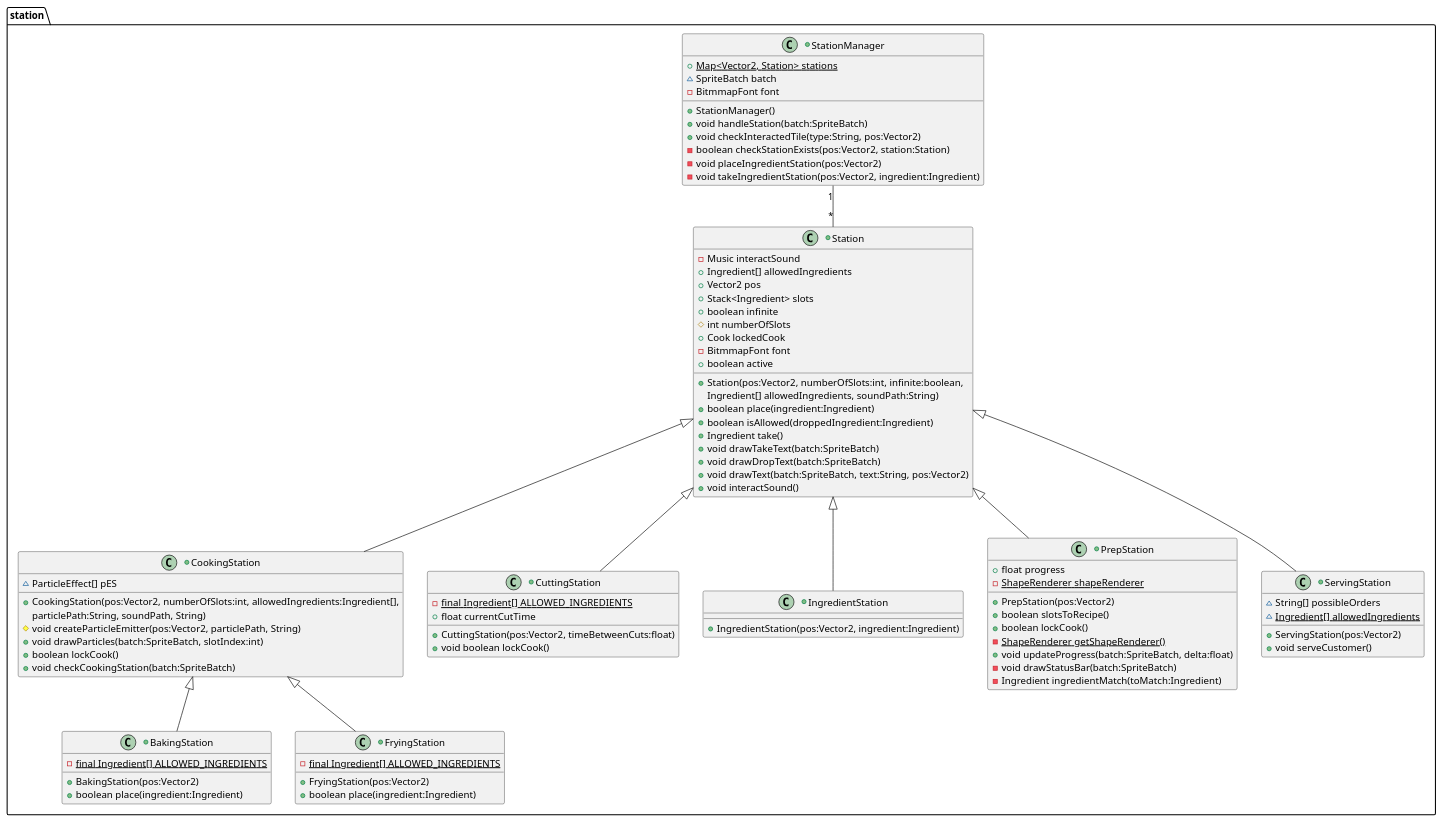
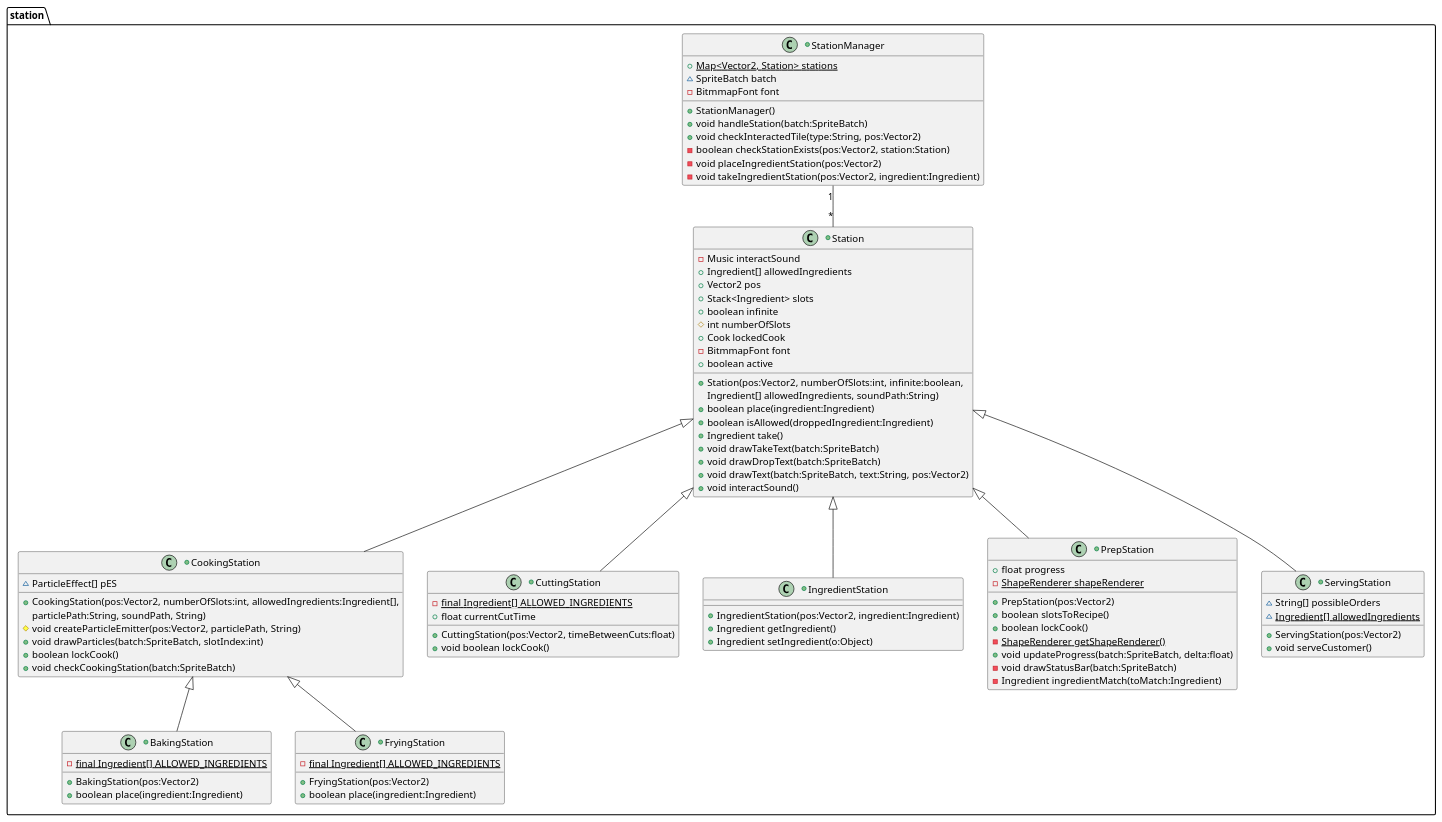
The diagram in UMLDiagrams/station_package.puml (decassociation/project_eng1_team3), drawn with PlantUML before and after one commit. The commit also changed 2 other files, not shown here.

Commit message:
Updated some class diagrams

```diff
--- a/UMLDiagrams/station_package.puml
+++ b/UMLDiagrams/station_package.puml
@@ -1,95 +1,97 @@
 @startuml
 'https://plantuml.com/class-diagram
 
 package "station"{
 
 StationManager "1" -- "*" Station
 
 +class BakingStation extends CookingStation{
 -{static} final Ingredient[] ALLOWED_INGREDIENTS
 +BakingStation(pos:Vector2)
 +boolean place(ingredient:Ingredient)
 }
 
 +class CookingStation extends Station{
 ~ParticleEffect[] pES
 +CookingStation(pos:Vector2, numberOfSlots:int, allowedIngredients:Ingredient[],
  particlePath:String, soundPath, String)
 #void createParticleEmitter(pos:Vector2, particlePath, String)
 +void drawParticles(batch:SpriteBatch, slotIndex:int)
 +boolean lockCook()
 +void checkCookingStation(batch:SpriteBatch)
 }
 
 +class CuttingStation extends Station{
 -{static} final Ingredient[] ALLOWED_INGREDIENTS
 +float currentCutTime
 +CuttingStation(pos:Vector2, timeBetweenCuts:float)
 +void boolean lockCook()
 }
 
 +class FryingStation extends CookingStation{
 -{static} final Ingredient[] ALLOWED_INGREDIENTS
 +FryingStation(pos:Vector2)
 +boolean place(ingredient:Ingredient)
 }
 
 +class IngredientStation extends Station{
 +IngredientStation(pos:Vector2, ingredient:Ingredient)
++Ingredient getIngredient()
++Ingredient setIngredient(o:Object)
 }
 
 +class PrepStation extends Station{
 +float progress
 -{static} ShapeRenderer shapeRenderer
 +PrepStation(pos:Vector2)
 +boolean slotsToRecipe()
 +boolean lockCook()
 -{static} ShapeRenderer getShapeRenderer()
 +void updateProgress(batch:SpriteBatch, delta:float)
 -void drawStatusBar(batch:SpriteBatch)
 -Ingredient ingredientMatch(toMatch:Ingredient)
 }
 
 +class ServingStation extends Station{
 ~String[] possibleOrders
 ~{static} Ingredient[] allowedIngredients
 +ServingStation(pos:Vector2)
 +void serveCustomer()
 }
 
 +class Station{
 -Music interactSound
 +Ingredient[] allowedIngredients
 +Vector2 pos
 +Stack<Ingredient> slots
 +boolean infinite
 #int numberOfSlots
 +Cook lockedCook
 -BitmmapFont font
 +boolean active
 +Station(pos:Vector2, numberOfSlots:int, infinite:boolean,
  Ingredient[] allowedIngredients, soundPath:String)
 +boolean place(ingredient:Ingredient)
 +boolean isAllowed(droppedIngredient:Ingredient)
 +Ingredient take()
 +void drawTakeText(batch:SpriteBatch)
 +void drawDropText(batch:SpriteBatch)
 +void drawText(batch:SpriteBatch, text:String, pos:Vector2)
 +void interactSound()
 }
 
 +class StationManager{
 +{static} Map<Vector2, Station> stations
 ~SpriteBatch batch
 -BitmmapFont font
 +StationManager()
 +void handleStation(batch:SpriteBatch)
 +void checkInteractedTile(type:String, pos:Vector2)
 -boolean checkStationExists(pos:Vector2, station:Station)
 -void placeIngredientStation(pos:Vector2)
 -void takeIngredientStation(pos:Vector2, ingredient:Ingredient)
 }
 
 }
 
 @enduml
```
